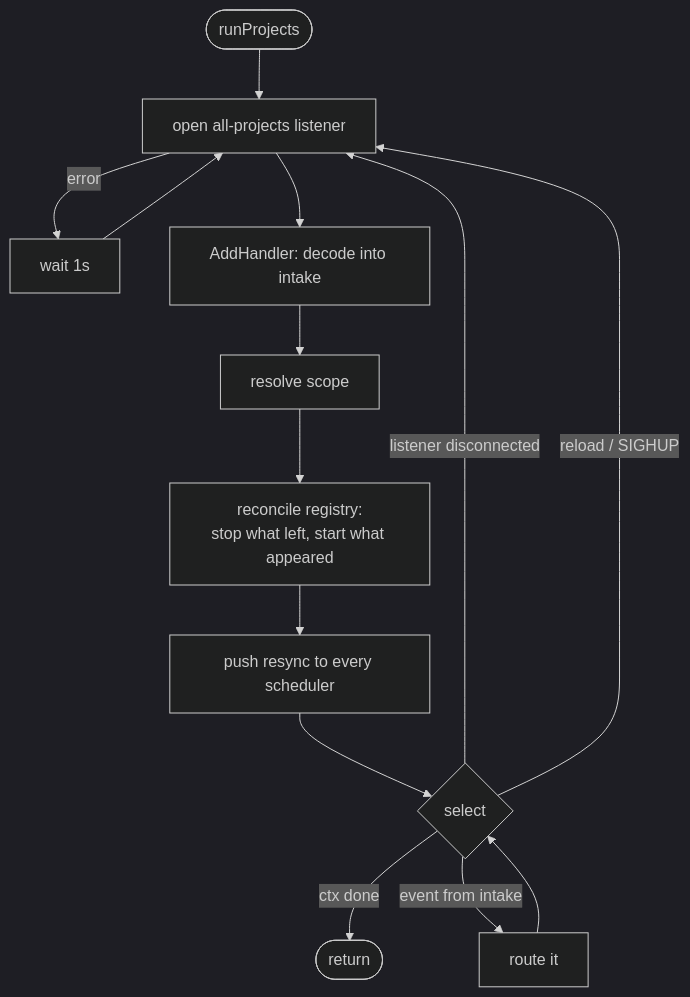
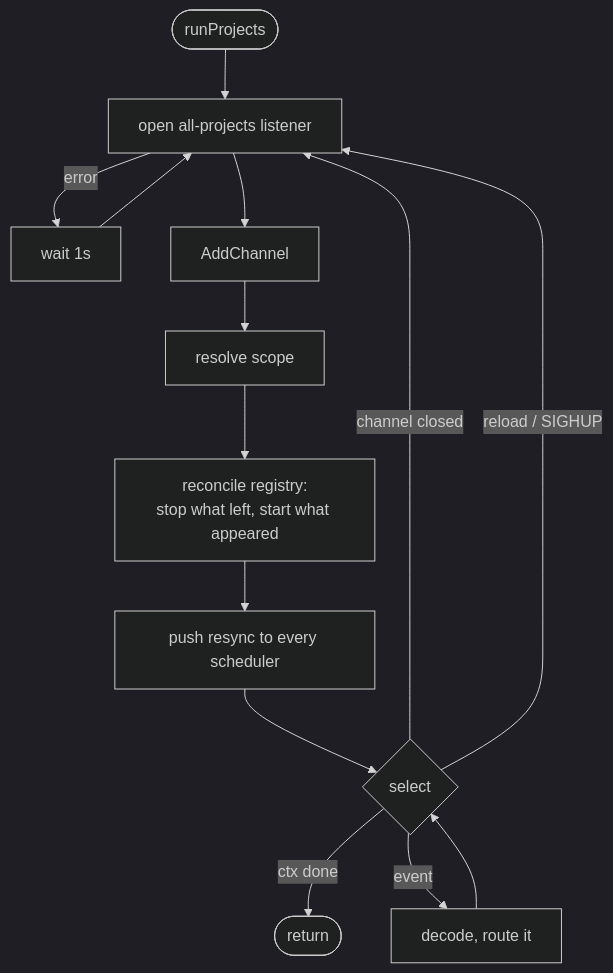
The third of 9 diagrams in root/architecture/healthd.md (jochumdev/incus-compose-docs), drawn with Mermaid (dark theme) before and after one commit. The commit also changed other lines of this file and 6 other files, not shown here.

````diff
--- a/root/architecture/healthd.md
+++ b/root/architecture/healthd.md
@@ -78,15 +77,15 @@
 ```mermaid
 flowchart TD
     S([runProjects]) --> G[open all-projects listener]
     G -->|error| GW[wait 1s] --> G
-    G --> AH[AddHandler: decode into intake]
+    G --> AH[AddChannel]
     AH --> SC[resolve scope]
     SC --> REC[reconcile registry:<br/>stop what left, start what appeared]
     REC --> RS[push resync to every scheduler]
     RS --> L{select}
 
     L -->|ctx done| END([return])
-    L -->|listener disconnected| G
+    L -->|channel closed| G
     L -->|reload / SIGHUP| G
-    L -->|event from intake| RT[route it] --> L
+    L -->|event| RT[decode, route it] --> L
 ```
````
